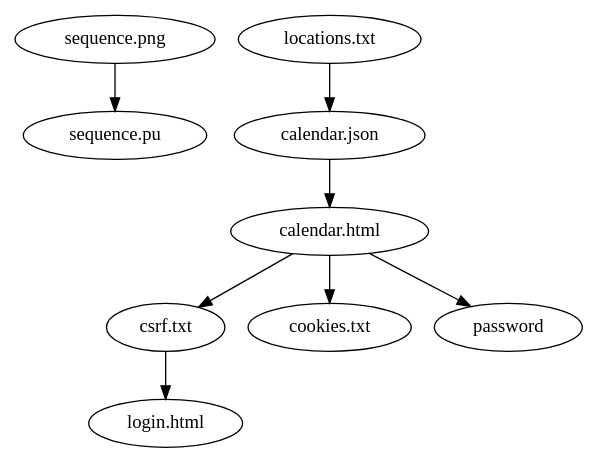
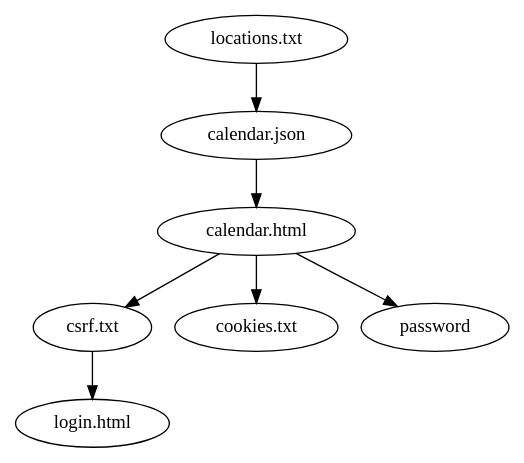
One commit to jmou/dumb-cli-tricks changed the diagram in dep.dot. Above: the diagram before and after it, drawn with Graphviz. The commit also changed 3 other files, not shown here.

```diff
--- a/dep.dot
+++ b/dep.dot
@@ -1,7 +1,6 @@
 digraph G {
-    "sequence.png" -> "sequence.pu";
     "csrf.txt" -> "login.html";
     "calendar.html" -> { "cookies.txt" "csrf.txt" password };
     "calendar.json" -> "calendar.html";
     "locations.txt" -> "calendar.json";
 }
```
